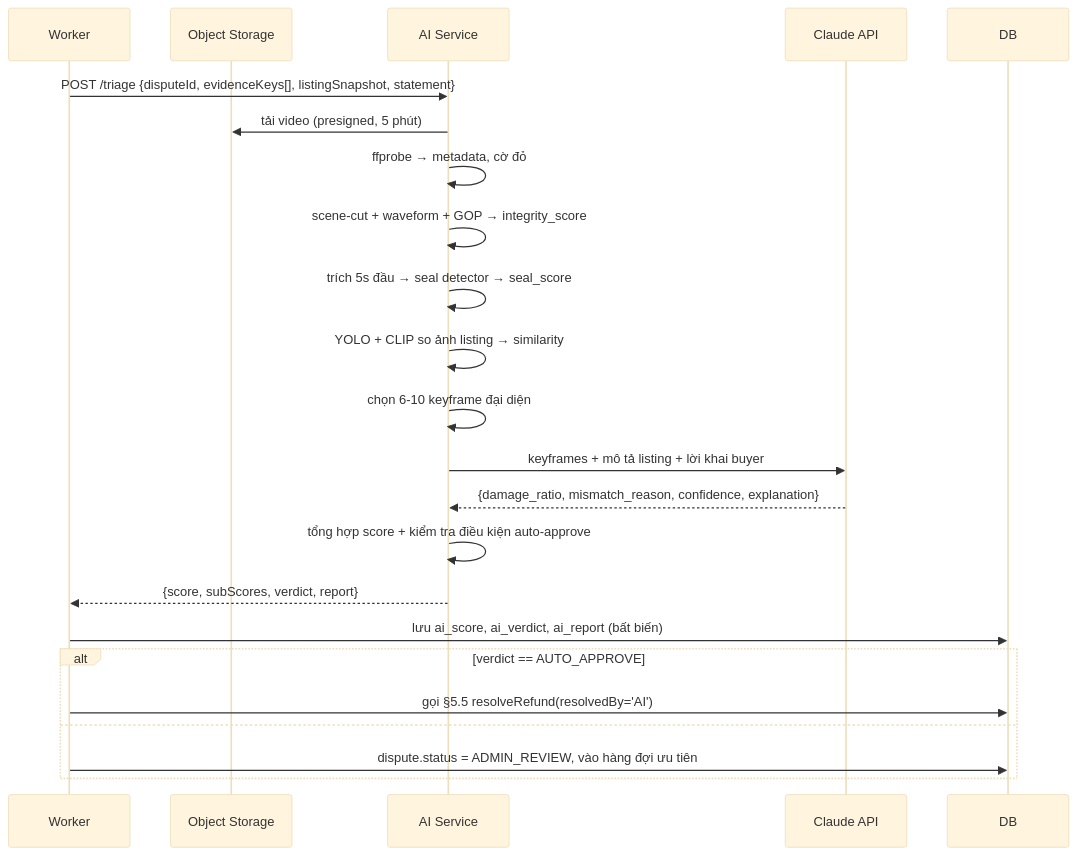
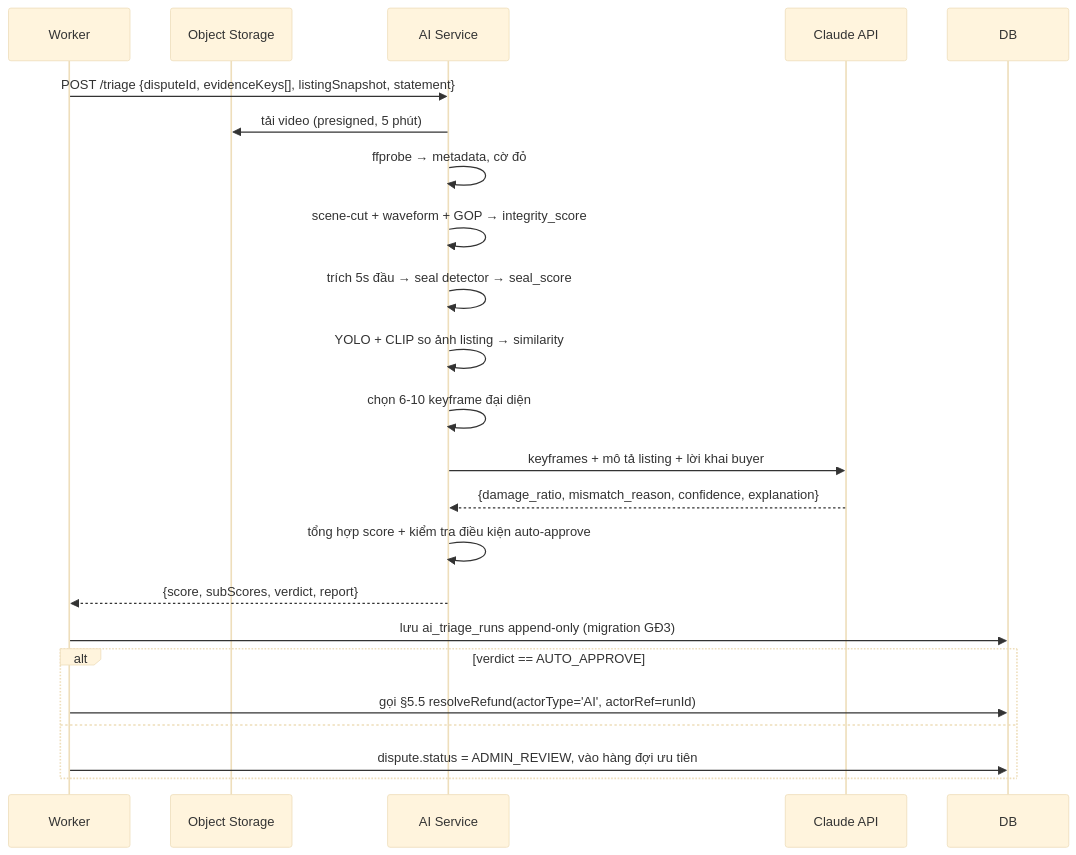
The fourth of 4 diagrams in docs/02-BACKEND-FLOWS.md (kttt294/Rebox), drawn with Mermaid (base theme) before and after one commit. The commit also changed other lines of this file and 68 other files, not shown here.

````diff
--- a/docs/02-BACKEND-FLOWS.md
+++ b/docs/02-BACKEND-FLOWS.md
@@ -555,26 +687,26 @@
 ```mermaid
 sequenceDiagram
   participant W as Worker
   participant OS as Object Storage
   participant AI as AI Service
   participant VLM as Claude API
   participant DB
 
   W->>AI: POST /triage {disputeId, evidenceKeys[], listingSnapshot, statement}
   AI->>OS: tải video (presigned, 5 phút)
   AI->>AI: ffprobe → metadata, cờ đỏ
   AI->>AI: scene-cut + waveform + GOP → integrity_score
   AI->>AI: trích 5s đầu → seal detector → seal_score
   AI->>AI: YOLO + CLIP so ảnh listing → similarity
   AI->>AI: chọn 6-10 keyframe đại diện
   AI->>VLM: keyframes + mô tả listing + lời khai buyer
   VLM-->>AI: {damage_ratio, mismatch_reason, confidence, explanation}
   AI->>AI: tổng hợp score + kiểm tra điều kiện auto-approve
   AI-->>W: {score, subScores, verdict, report}
-  W->>DB: lưu ai_score, ai_verdict, ai_report (bất biến)
+  W->>DB: lưu ai_triage_runs append-only (migration GĐ3)
   alt verdict == AUTO_APPROVE
-    W->>DB: gọi §5.5 resolveRefund(resolvedBy='AI')
+    W->>DB: gọi §5.5 resolveRefund(actorType='AI', actorRef=runId)
   else
     W->>DB: dispute.status = ADMIN_REVIEW, vào hàng đợi ưu tiên
   end
 ```
````
